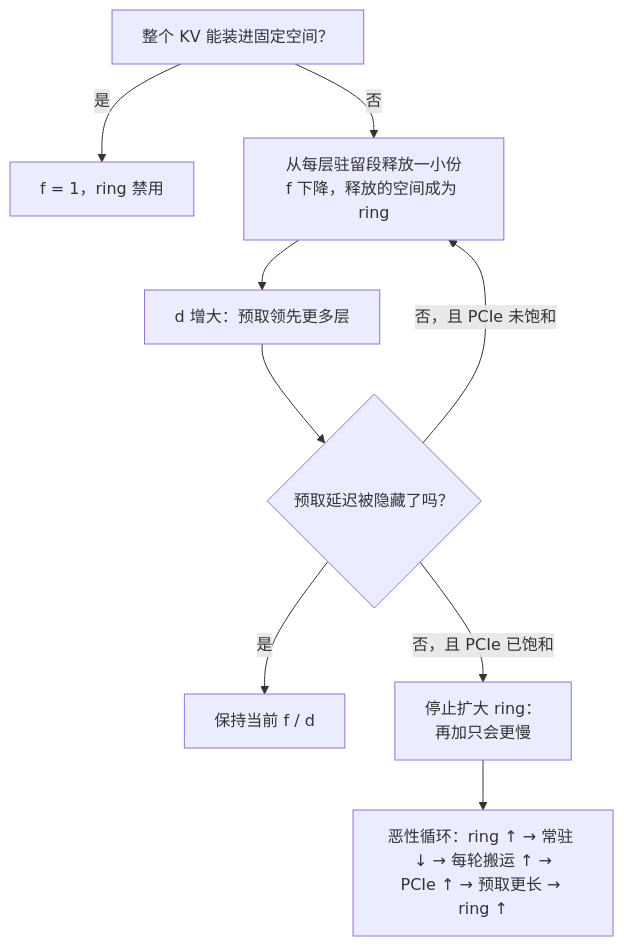
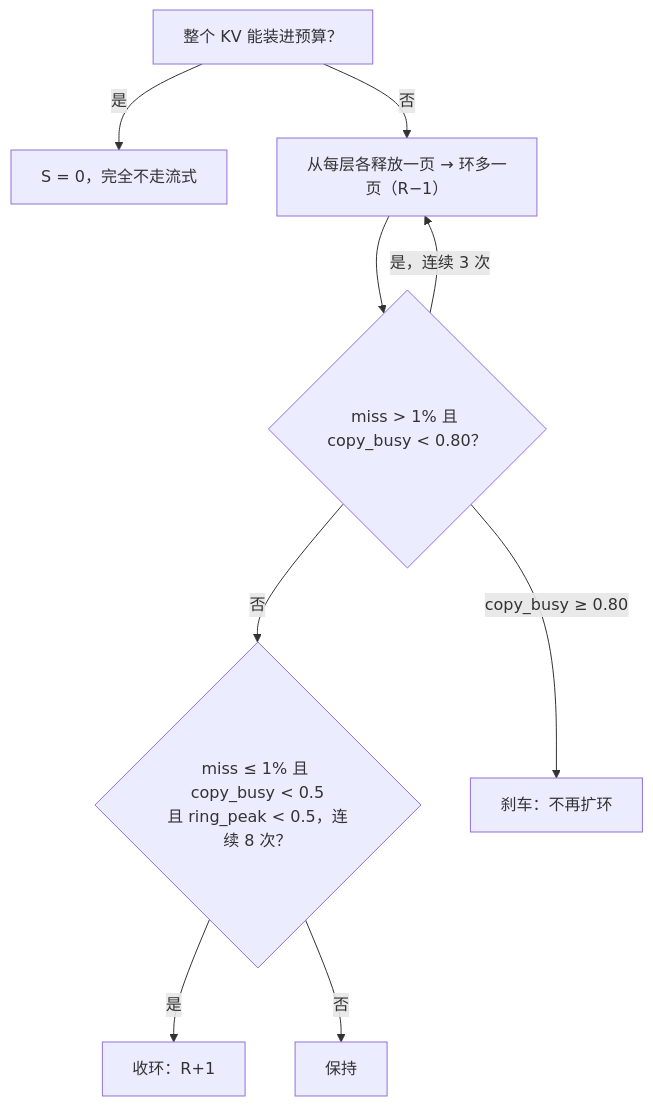
One commit to kpa32/ninfer-all-adaptive-kv-streaming changed the third of 3 diagrams in docs/maintainer/kv-streaming-design.md. Above: the diagram before and after it, drawn with Mermaid. The commit also changed other lines of this file, not shown here.

````diff
--- a/docs/maintainer/kv-streaming-design.md
+++ b/docs/maintainer/kv-streaming-design.md
@@ -165,11 +351,11 @@
 ```mermaid
 flowchart TD
-    A["整个 KV 能装进固定空间？"] -- "是" --> B["f = 1，ring 禁用"]
-    A -- "否" --> C["从每层驻留段释放一小份<br/>f 下降，释放的空间成为 ring"]
-    C --> D["d 增大：预取领先更多层"]
-    D --> E{"预取延迟被隐藏了吗？"}
-    E -- "否，且 PCIe 未饱和" --> C
-    E -- "是" --> F["保持当前 f / d"]
-    E -- "否，且 PCIe 已饱和" --> G["停止扩大 ring：<br/>再加只会更慢"]
-    G --> H["恶性循环：ring ↑ → 常驻 ↓ → 每轮搬运 ↑ →<br/>PCIe ↑ → 预取更长 → ring ↑"]
+    A["整个 KV 能装进预算？"] -- "是" --> B["S = 0，完全不走流式"]
+    A -- "否" --> C["从每层各释放一页 → 环多一页（R−1）"]
+    C --> D{"miss > 1% 且 copy_busy < 0.80？"}
+    D -- "是，连续 3 次" --> C
+    D -- "否" --> E{"miss ≤ 1% 且 copy_busy < 0.5<br/>且 ring_peak < 0.5，连续 8 次？"}
+    E -- "是" --> F["收环：R+1"]
+    E -- "否" --> G["保持"]
+    D -- "copy_busy ≥ 0.80" --> H["刹车：不再扩环"]
 ```
````
